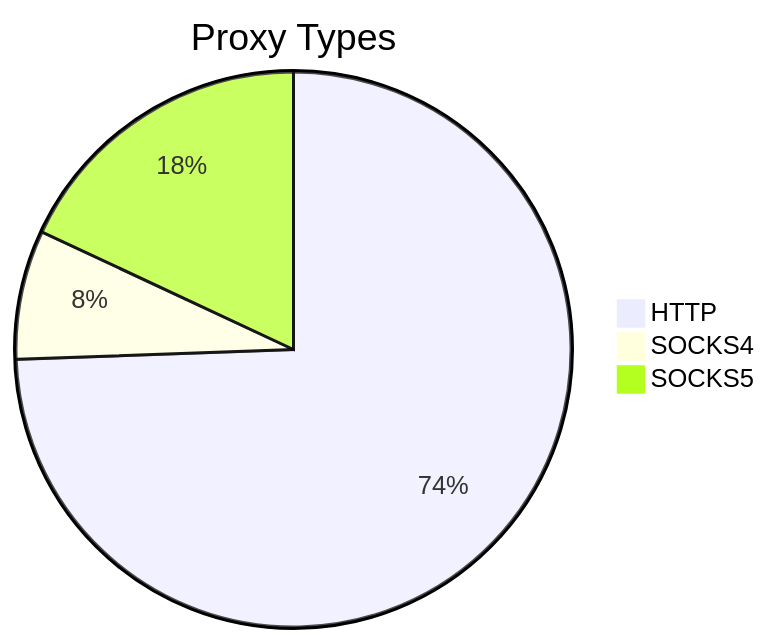
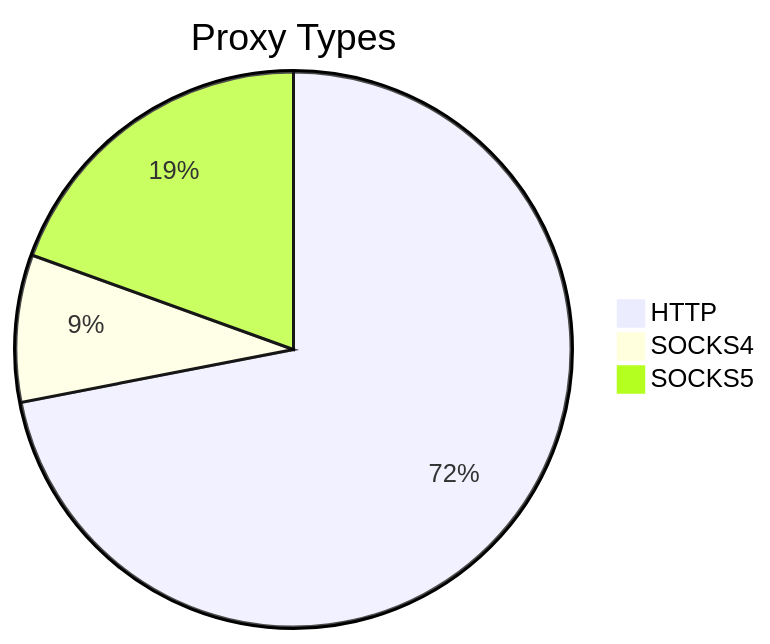
Before and after one commit to stormsia/proxy-list: the first of 2 diagrams in README.md, drawn with Mermaid. The commit also changed other lines of this file, not shown here.

````diff
--- a/README.md
+++ b/README.md
@@ -21,6 +21,6 @@
 ```mermaid
 pie title Proxy Types
-    "HTTP" : 297
-    "SOCKS4" : 30
-    "SOCKS5" : 72
+    "HTTP" : 336
+    "SOCKS4" : 40
+    "SOCKS5" : 91
 ```
````
